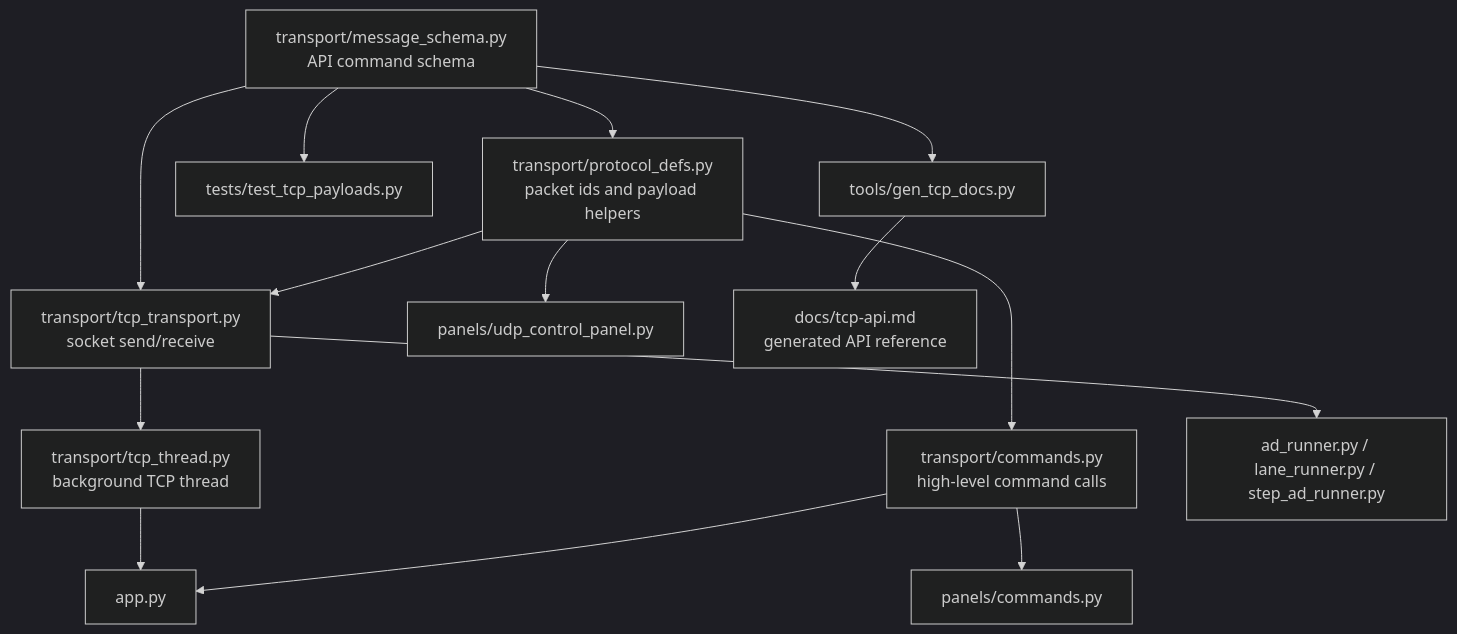
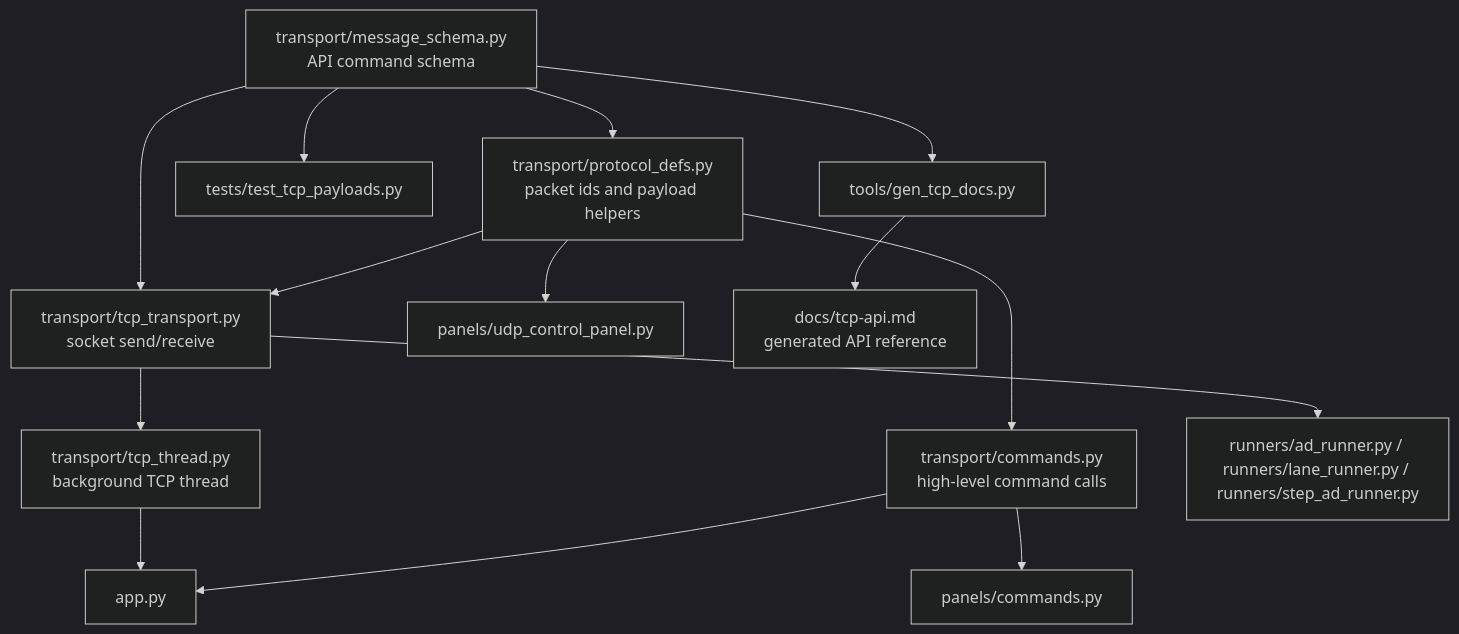
Before and after one commit to MORAI-Autonomous/MORAI-SimControl_v2.1: the third of 5 diagrams in docs/code-review-graph.md, drawn with Mermaid (dark theme). The commit also changed other lines of this file and 8 other files, not shown here.

````diff
--- a/docs/code-review-graph.md
+++ b/docs/code-review-graph.md
@@ -86,31 +86,31 @@
 ```mermaid
 flowchart TD
     schema["transport/message_schema.py<br/>API command schema"]
     defs["transport/protocol_defs.py<br/>packet ids and payload helpers"]
     tcp["transport/tcp_transport.py<br/>socket send/receive"]
     thread["transport/tcp_thread.py<br/>background TCP thread"]
     commands["transport/commands.py<br/>high-level command calls"]
 
     app["app.py"]
     command_panel["panels/commands.py"]
     udp_control["panels/udp_control_panel.py"]
-    runners["ad_runner.py / lane_runner.py / step_ad_runner.py"]
+    runners["runners/ad_runner.py / runners/lane_runner.py / runners/step_ad_runner.py"]
     docs["docs/tcp-api.md<br/>generated API reference"]
     tests["tests/test_tcp_payloads.py"]
     generator["tools/gen_tcp_docs.py"]
 
     schema --> defs
     schema --> tcp
     defs --> tcp
     defs --> commands
     tcp --> thread
     thread --> app
     commands --> app
     commands --> command_panel
     defs --> udp_control
     tcp --> runners
 
     schema --> generator
     generator --> docs
     schema --> tests
 ```
````
